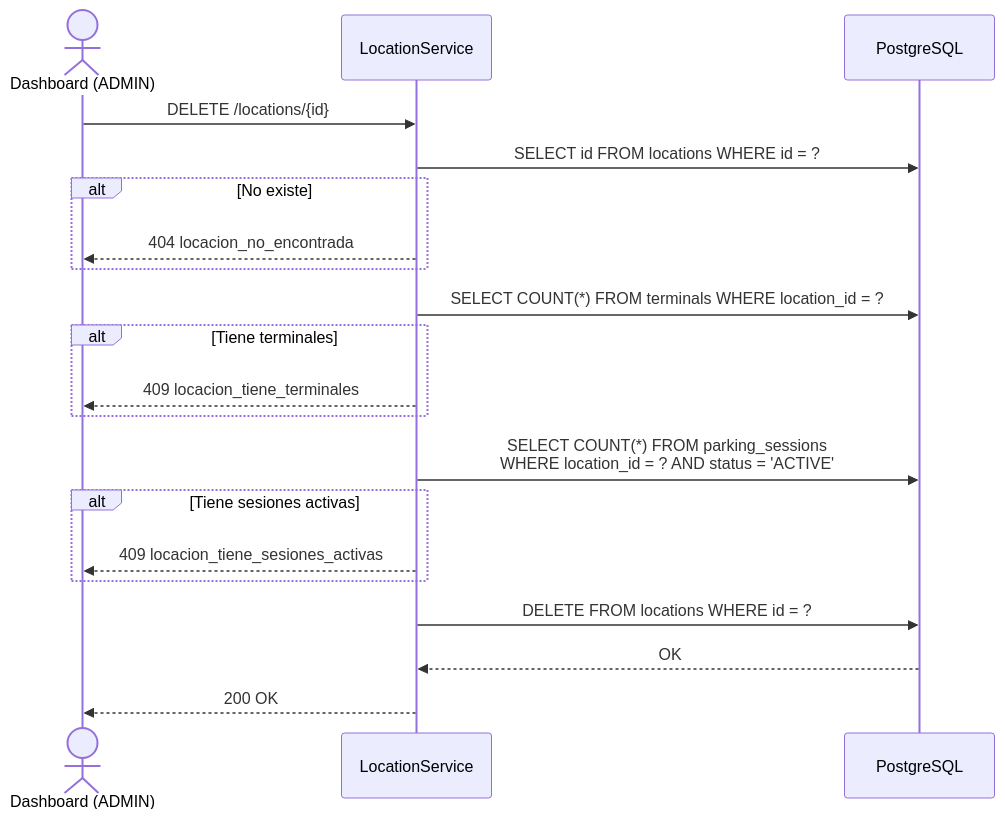
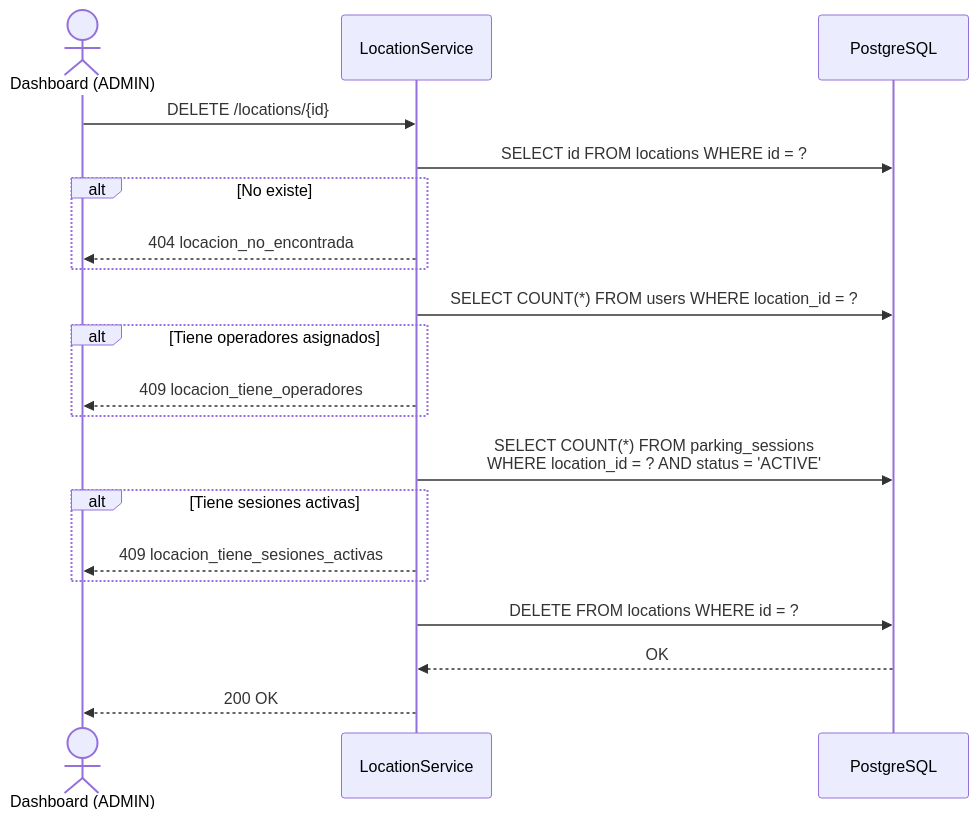
The diagram in docs/user-stories/US-007-crud-locaciones.md (andressep95/parking-app-backend), drawn with Mermaid before and after one commit. The commit also changed other lines of this file and 19 other files, not shown here.

````diff
--- a/docs/user-stories/US-007-crud-locaciones.md
+++ b/docs/user-stories/US-007-crud-locaciones.md
@@ -202,28 +222,28 @@
 ```mermaid
 sequenceDiagram
     actor ADM as Dashboard (ADMIN)
     participant API as LocationService
     participant DB  as PostgreSQL
 
     ADM->>API: DELETE /locations/{id}
 
     API->>DB: SELECT id FROM locations WHERE id = ?
     alt No existe
         API-->>ADM: 404 locacion_no_encontrada
     end
 
-    API->>DB: SELECT COUNT(*) FROM terminals WHERE location_id = ?
-    alt Tiene terminales
-        API-->>ADM: 409 locacion_tiene_terminales
+    API->>DB: SELECT COUNT(*) FROM users WHERE location_id = ?
+    alt Tiene operadores asignados
+        API-->>ADM: 409 locacion_tiene_operadores
     end
 
     API->>DB: SELECT COUNT(*) FROM parking_sessions<br/>WHERE location_id = ? AND status = 'ACTIVE'
     alt Tiene sesiones activas
         API-->>ADM: 409 locacion_tiene_sesiones_activas
     end
 
     API->>DB: DELETE FROM locations WHERE id = ?
     DB-->>API: OK
 
     API-->>ADM: 200 OK
 ```
````
